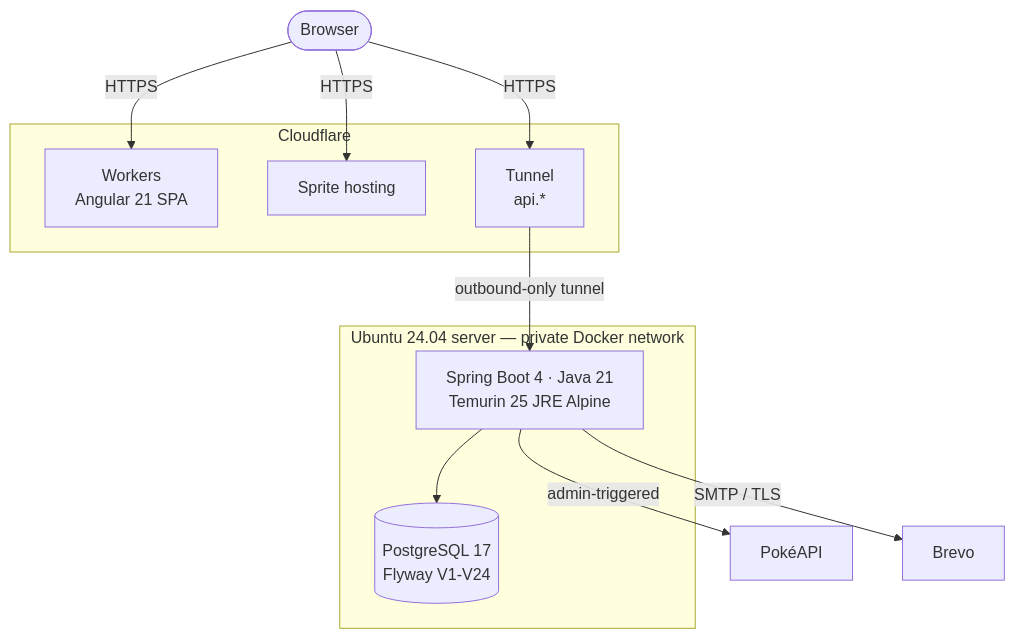
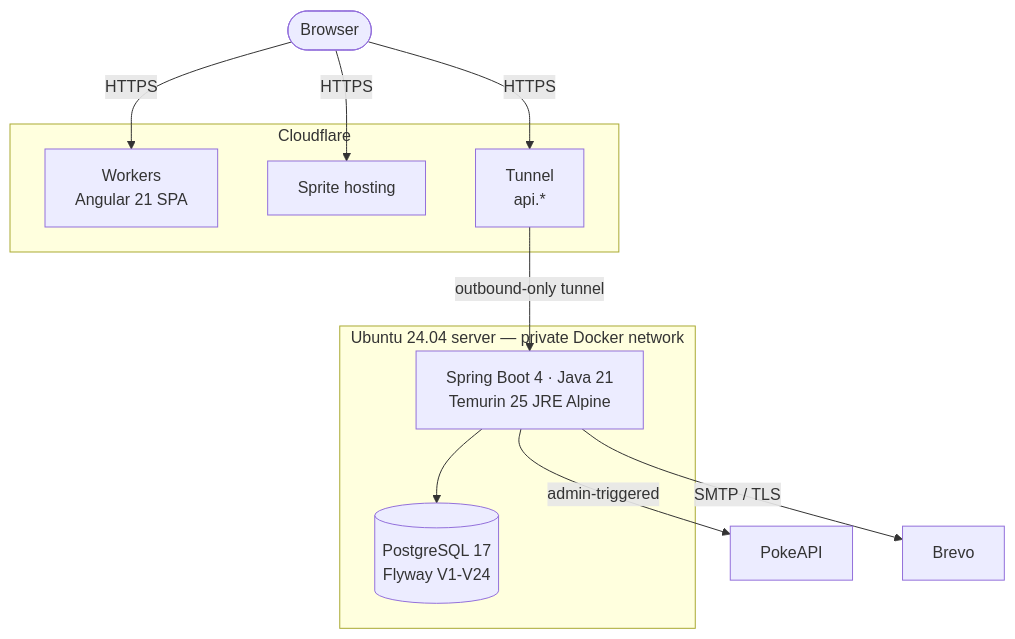
One commit to ManusolJ/pokemon-backend changed the first of 2 diagrams in README.md. Above: the diagram before and after it, drawn with Mermaid. The commit also changed other lines of this file and 2 other files, not shown here.

````diff
--- a/README.md
+++ b/README.md
@@ -149,26 +156,26 @@
 ```mermaid
 flowchart TD
     Browser(["Browser"])
 
     subgraph cf ["Cloudflare"]
         SPA["Workers<br>Angular 21 SPA"]
         Sprites["Sprite hosting"]
         Tunnel["Tunnel<br>api.*"]
     end
 
     subgraph host ["Ubuntu 24.04 server &mdash; private Docker network"]
         App["Spring Boot 4 &middot; Java 21<br>Temurin 25 JRE Alpine"]
         DB[("PostgreSQL 17<br>Flyway V1-V24")]
     end
 
-    PokeAPI["PokéAPI"]
+    PokeAPI["PokeAPI"]
     Brevo["Brevo"]
 
     Browser -- HTTPS --> SPA
     Browser -- HTTPS --> Sprites
     Browser -- HTTPS --> Tunnel
     Tunnel -- "outbound-only tunnel" --> App
     App --> DB
     App -- "admin-triggered" --> PokeAPI
     App -- "SMTP / TLS" --> Brevo
 ```
````
